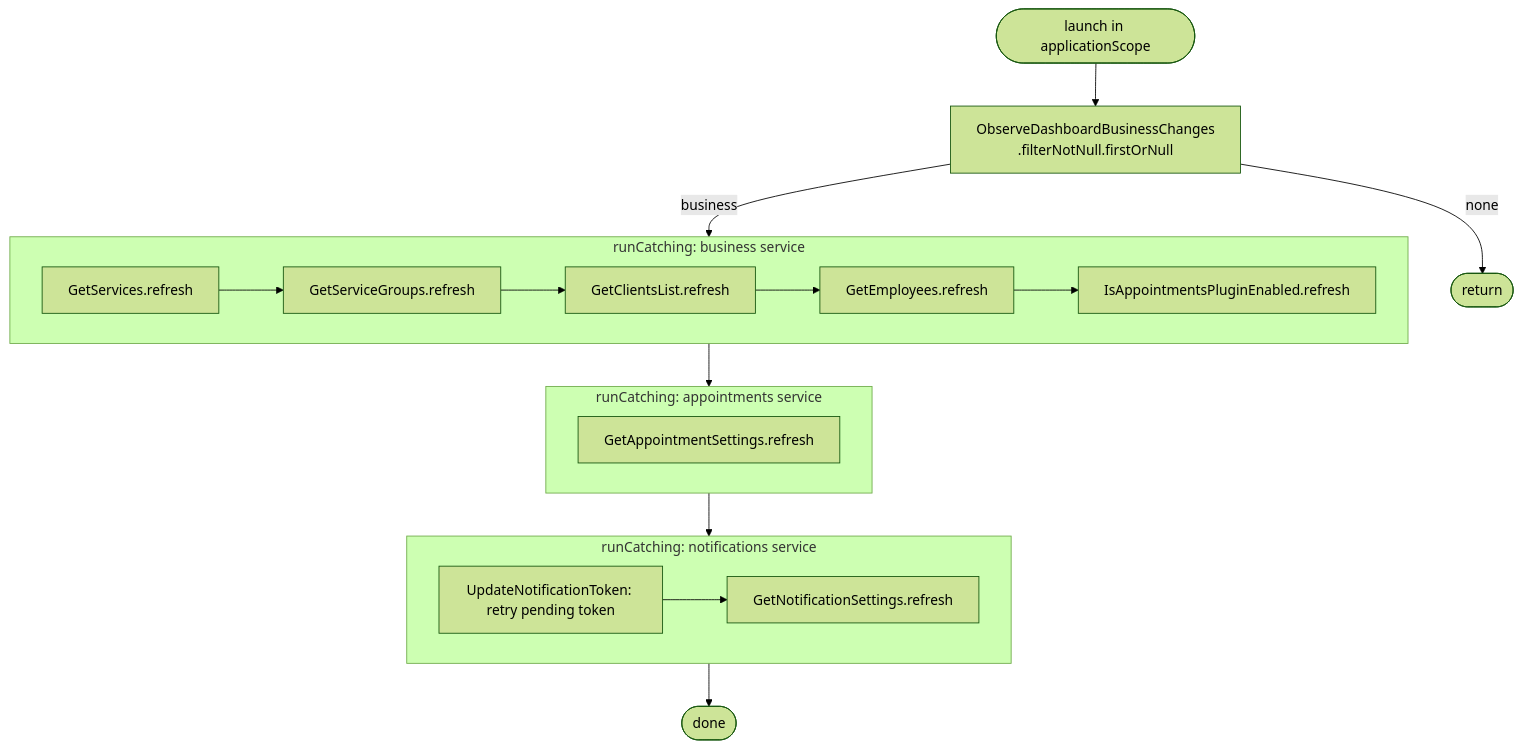
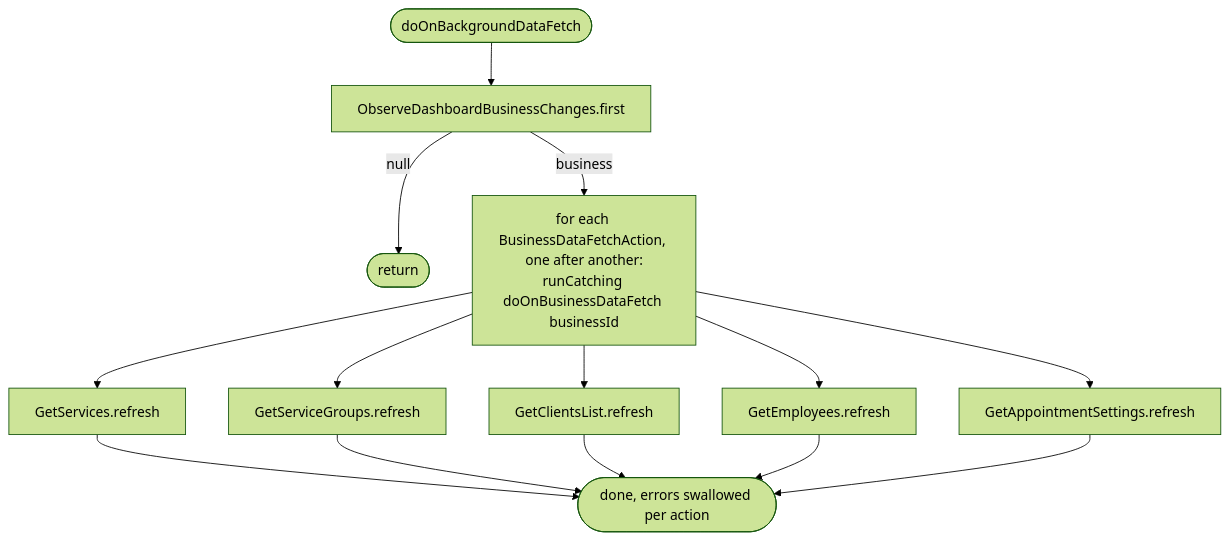
One commit to nocturneproperties/bookkme-client changed the second of 2 diagrams in docs/operations/authorization/initial-app-data-fetch.md. Above: the diagram before and after it, drawn with Mermaid (forest theme). The commit also changed other lines of this file and 53 other files, not shown here.

Commit message:
[ISSUE-177] fix data fetch tight coupling

````diff
--- a/docs/operations/authorization/initial-app-data-fetch.md
+++ b/docs/operations/authorization/initial-app-data-fetch.md
@@ -56,18 +68,12 @@
 ```mermaid
 flowchart TD
-    Start([launch in applicationScope]) --> Wait[ObserveDashboardBusinessChanges<br/>.filterNotNull.firstOrNull]
-    Wait -- none --> End([return])
-    Wait -- business --> G1
-    subgraph G1 [runCatching: business service]
-        S[GetServices.refresh] --> SG[GetServiceGroups.refresh] --> C[GetClientsList.refresh] --> E[GetEmployees.refresh] --> AP[IsAppointmentsPluginEnabled.refresh]
-    end
-    G1 --> G2
-    subgraph G2 [runCatching: appointments service]
-        AS[GetAppointmentSettings.refresh]
-    end
-    G2 --> G3
-    subgraph G3 [runCatching: notifications service]
-        T[UpdateNotificationToken: retry pending token] --> NS[GetNotificationSettings.refresh]
-    end
-    G3 --> Done([done])
+    Start([doOnBackgroundDataFetch]) --> Current[ObserveDashboardBusinessChanges.first]
+    Current -- null --> End([return])
+    Current -- business --> Loop[for each BusinessDataFetchAction, one after another:<br/>runCatching doOnBusinessDataFetch businessId]
+    Loop --> S[GetServices.refresh]
+    Loop --> SG[GetServiceGroups.refresh]
+    Loop --> C[GetClientsList.refresh]
+    Loop --> E[GetEmployees.refresh]
+    Loop --> AS[GetAppointmentSettings.refresh]
+    S & SG & C & E & AS --> Done([done, errors swallowed per action])
 ```
````
